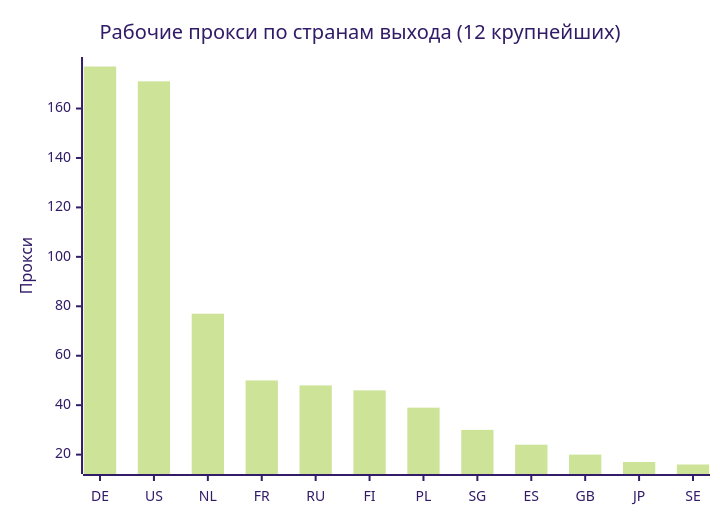
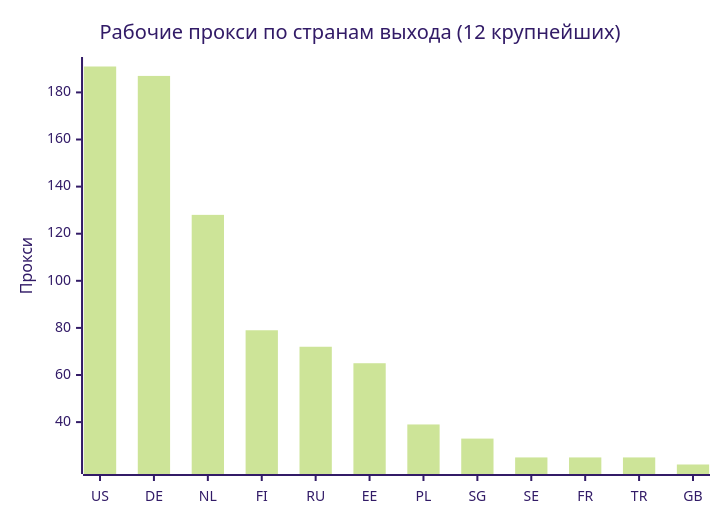
One commit to rvvg/proxy-subs changed the second of 4 diagrams in README.md. Above: the diagram before and after it, drawn with Mermaid (forest theme). The commit also changed other lines of this file and 60 other files, not shown here.

````diff
--- a/README.md
+++ b/README.md
@@ -127,7 +143,7 @@
 ```mermaid
 xychart-beta
     title "Рабочие прокси по странам выхода (12 крупнейших)"
-    x-axis ["DE", "US", "NL", "FR", "RU", "FI", "PL", "SG", "ES", "GB", "JP", "SE"]
+    x-axis ["US", "DE", "NL", "FI", "RU", "EE", "PL", "SG", "SE", "FR", "TR", "GB"]
     y-axis "Прокси"
-    bar [177, 171, 77, 50, 48, 46, 39, 30, 24, 20, 17, 16]
+    bar [191, 187, 128, 79, 72, 65, 39, 33, 25, 25, 25, 22]
 ```
````
